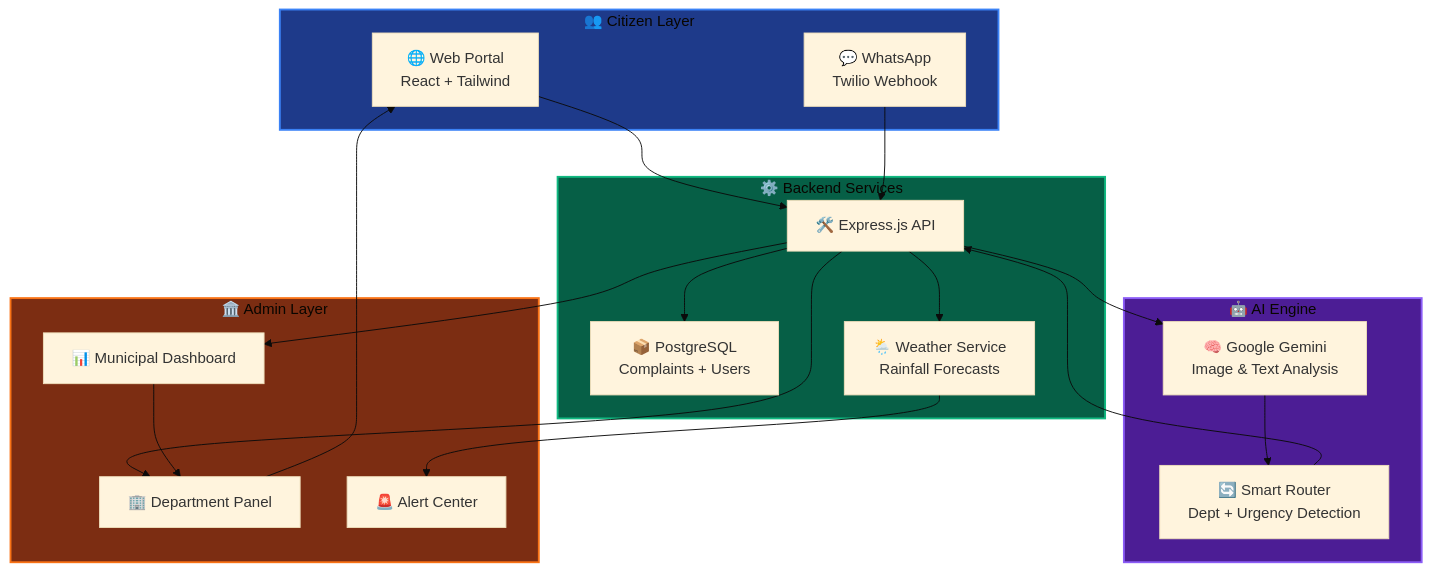
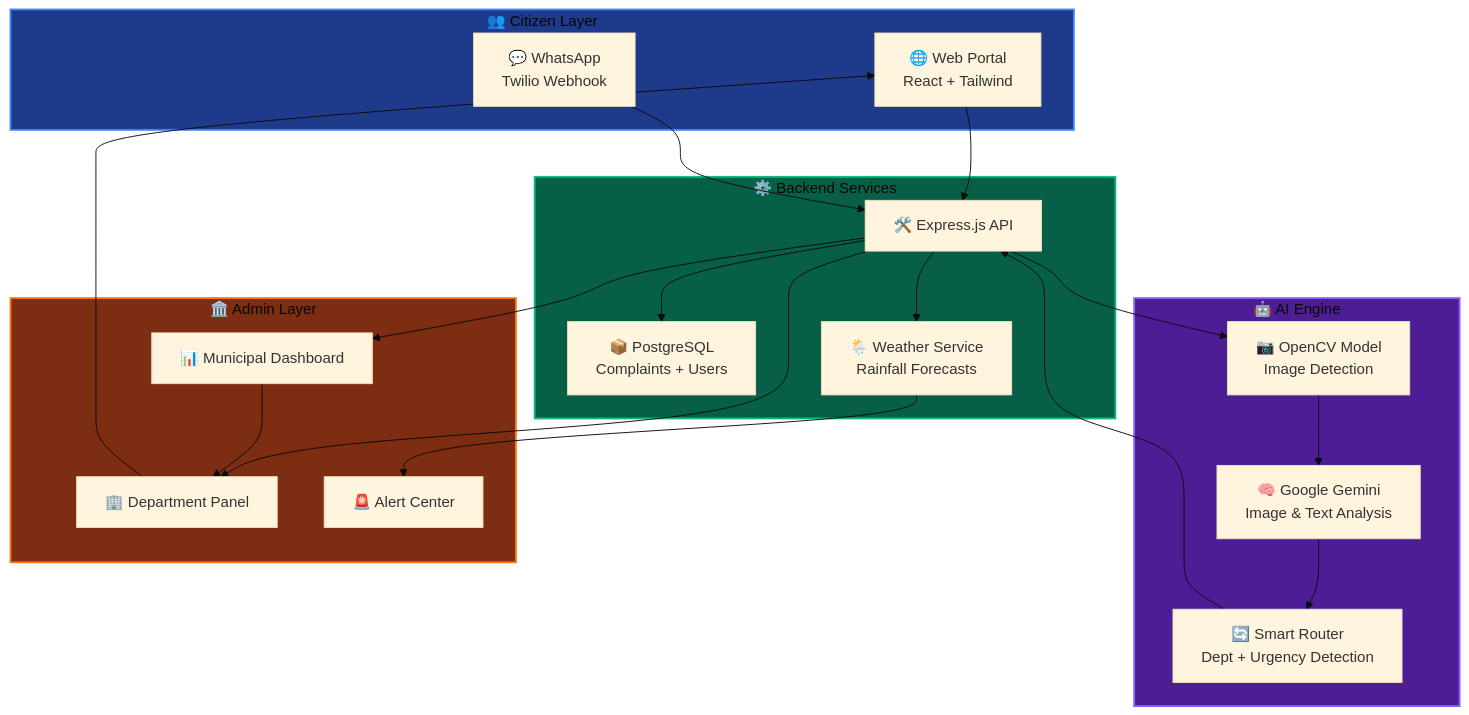
One commit to shiv9918/NazarAI changed the diagram in README.md. Above: the diagram before and after it, drawn with Mermaid (base theme).

Commit message:
Update AI Layer to include OpenCV model

````diff
--- a/README.md
+++ b/README.md
@@ -52,42 +52,44 @@
 ```mermaid
 flowchart TB
     subgraph Citizen_Layer["👥 Citizen Layer"]
         Web["🌐 Web Portal\nReact + Tailwind"]
         WA["💬 WhatsApp\nTwilio Webhook"]
     end
 
     subgraph AI_Layer["🤖 AI Engine"]
         Gemini["🧠 Google Gemini\nImage & Text Analysis"]
+        OpenCV["📷 OpenCV Model\nImage Detection"]
         Router["🔄 Smart Router\nDept + Urgency Detection"]
     end
 
     subgraph Backend["⚙️ Backend Services"]
         API["🛠️ Express.js API"]
         DB["📦 PostgreSQL\nComplaints + Users"]
         Weather["🌦️ Weather Service\nRainfall Forecasts"]
     end
 
     subgraph Admin_Layer["🏛️ Admin Layer"]
         Municipal["📊 Municipal Dashboard"]
         Dept["🏢 Department Panel"]
         Alerts["🚨 Alert Center"]
     end
 
     Web --> API
     WA --> API
     API --> DB
-    API --> Gemini
-    Gemini --> Router
+    API --> OpenCV
+    OpenCV --> Gemini
+        Gemini --> Router
     Router --> API
     API --> Weather
     API --> Municipal
     API --> Dept
     Weather --> Alerts
     Municipal --> Dept
     Dept --> Web
 
     style Citizen_Layer fill:#1e3a8a,stroke:#3b82f6,stroke-width:2px
     style AI_Layer fill:#4c1d95,stroke:#8b5cf6,stroke-width:2px
     style Backend fill:#065f46,stroke:#10b981,stroke-width:2px
     style Admin_Layer fill:#7c2d12,stroke:#f97316,stroke-width:2px
 ```
````
